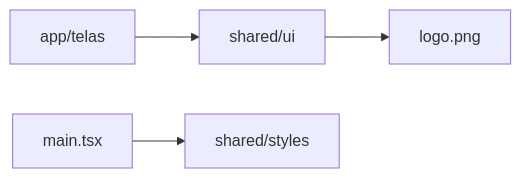
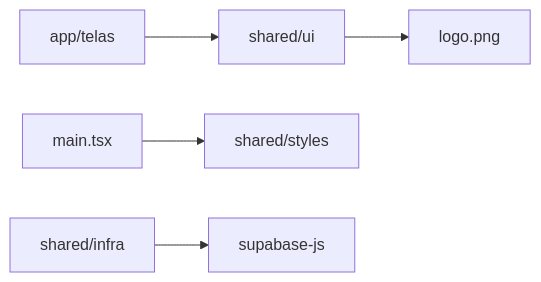
Before and after one commit to TokumoH/RevocastCameras: the diagram in src/shared/README.md, drawn with Mermaid. The commit also changed other lines of this file and 9 other files, not shown here.

````diff
--- a/src/shared/README.md
+++ b/src/shared/README.md
@@ -51,6 +52,7 @@
 ```mermaid
 flowchart LR
     T[app/telas] --> U[shared/ui]
     U --> L[logo.png]
     M[main.tsx] --> S[shared/styles]
+    I[shared/infra] --> E[supabase-js]
 ```
````
